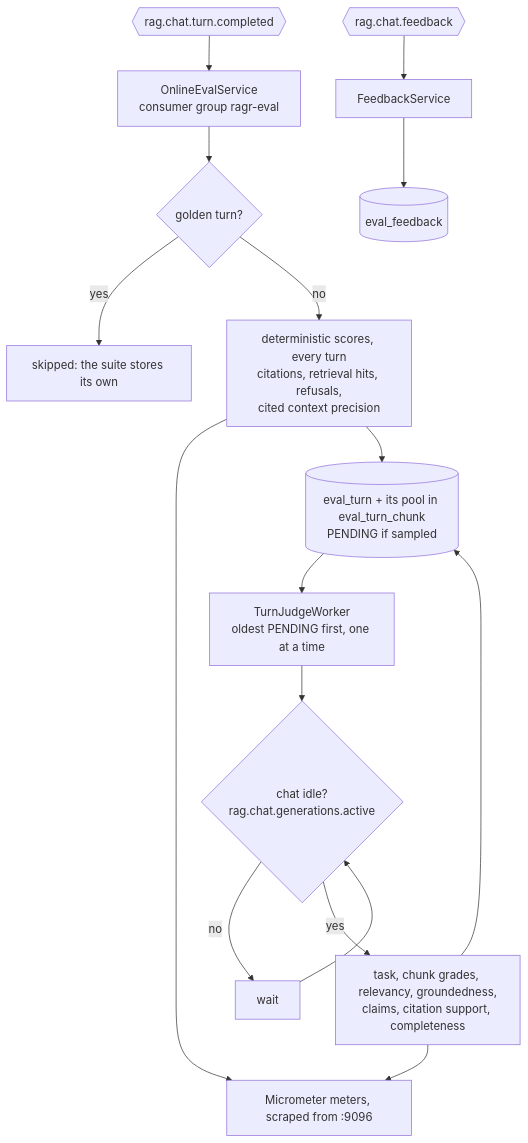
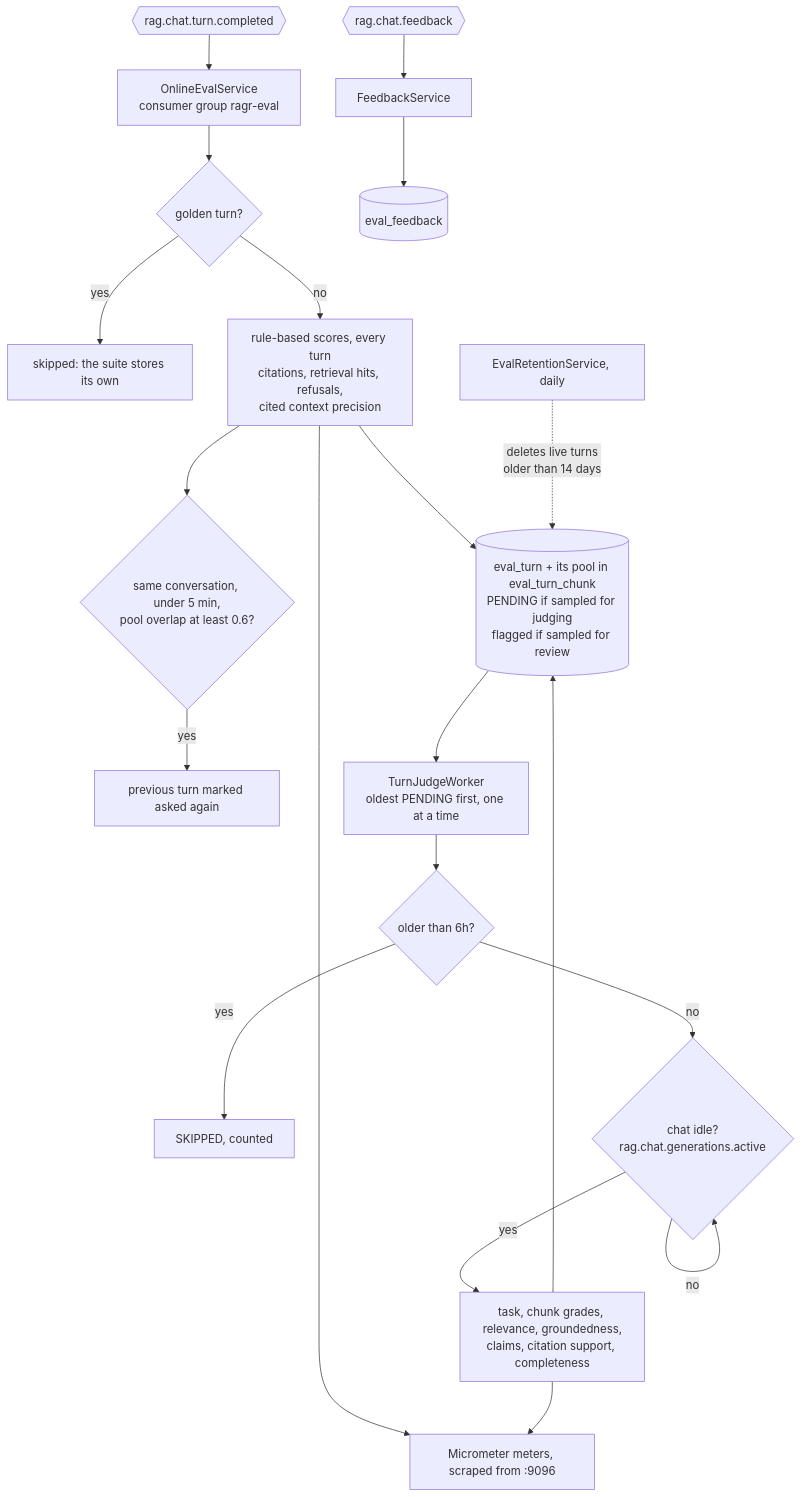
The first of 2 diagrams in ragr-eval/README.md (subhanmishra/spring-ai), drawn with Mermaid before and after one commit. The commit also changed other lines of this file and 5 other files, not shown here.

First line of the commit message:
Rewrite the READMEs in plain language, and bring the flow diagrams up to date

````diff
--- a/ragr-eval/README.md
+++ b/ragr-eval/README.md
@@ -42,17 +60,21 @@
 ```mermaid
 flowchart TD
     k{{rag.chat.turn.completed}} --> l[OnlineEvalService<br/>consumer group ragr-eval]
     l --> g{golden turn?}
     g -- yes --> skip[skipped: the suite stores its own]
-    g -- no --> det[deterministic scores, every turn<br/>citations, retrieval hits, refusals,<br/>cited context precision]
+    g -- no --> det[rule-based scores, every turn<br/>citations, retrieval hits, refusals,<br/>cited context precision]
     det --> m[Micrometer meters, scraped from :9096]
-    det --> row[(eval_turn + its pool in eval_turn_chunk<br/>PENDING if sampled)]
+    det --> row[(eval_turn + its pool in eval_turn_chunk<br/>PENDING if sampled for judging<br/>flagged if sampled for review)]
+    det --> re{same conversation, under 5 min,<br/>pool overlap at least 0.6?}
+    re -- yes --> asked[previous turn marked asked again]
     row --> w[TurnJudgeWorker<br/>oldest PENDING first, one at a time]
-    w --> gate{chat idle?<br/>rag.chat.generations.active}
-    gate -- no --> wait[wait]
-    wait --> gate
-    gate -- yes --> j[task, chunk grades, relevancy, groundedness,<br/>claims, citation support, completeness]
+    w --> old{older than 6h?}
+    old -- yes --> skipped[SKIPPED, counted]
+    old -- no --> gate{chat idle?<br/>rag.chat.generations.active}
+    gate -- no --> gate
+    gate -- yes --> j[task, chunk grades, relevance, groundedness,<br/>claims, citation support, completeness]
     j --> row
     j --> m
     f{{rag.chat.feedback}} --> fb[FeedbackService] --> fr[(eval_feedback)]
+    purge[EvalRetentionService, daily] -. deletes live turns<br/>older than 14 days .-> row
 ```
````
